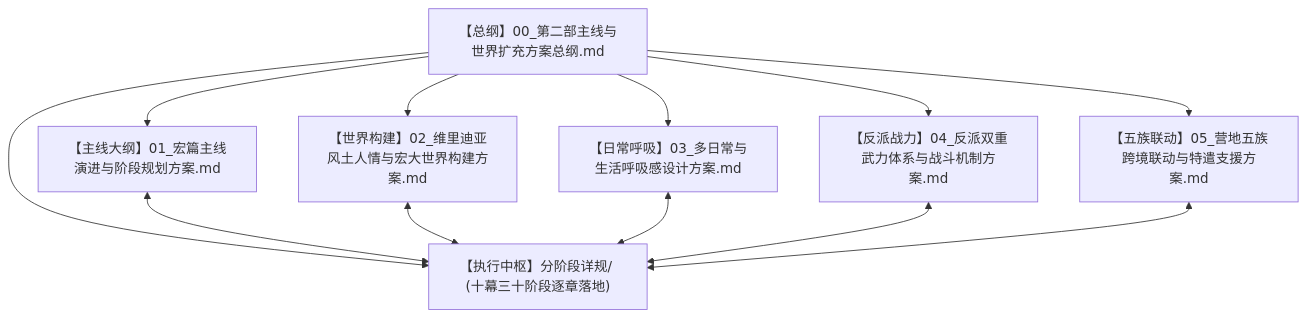
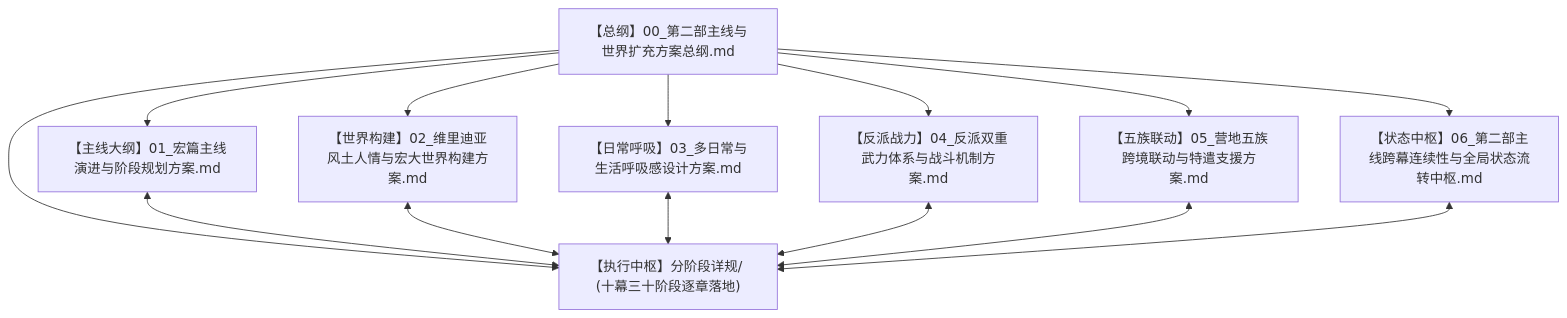
One commit to soranokiseki1437/eldoria-worldbook changed the first of 5 diagrams in 方案/第二部/主线与世界扩充方案/00_第二部主线与世界扩充方案总纲.md. Above: the diagram before and after it, drawn with Mermaid. The commit also changed other lines of this file and 146 other files, not shown here.

````diff
--- a/方案/第二部/主线与世界扩充方案/00_第二部主线与世界扩充方案总纲.md
+++ b/方案/第二部/主线与世界扩充方案/00_第二部主线与世界扩充方案总纲.md
@@ -13,25 +13,28 @@
 ```mermaid
 graph TD
     Root["【总纲】00_第二部主线与世界扩充方案总纲.md"]
     
     Sub1["【主线大纲】01_宏篇主线演进与阶段规划方案.md"]
     Sub2["【世界构建】02_维里迪亚风土人情与宏大世界构建方案.md"]
     Sub3["【日常呼吸】03_多日常与生活呼吸感设计方案.md"]
     Sub4["【反派战力】04_反派双重武力体系与战斗机制方案.md"]
     Sub5["【五族联动】05_营地五族跨境联动与特遣支援方案.md"]
+    Sub6["【状态中枢】06_第二部主线跨幕连续性与全局状态流转中枢.md"]
     
     Stages["【执行中枢】分阶段详规/ (十幕三十阶段逐章落地)"]
 
     Root --> Sub1
     Root --> Sub2
     Root --> Sub3
     Root --> Sub4
     Root --> Sub5
+    Root --> Sub6
     Root --> Stages
 
     Sub1 <--> Stages
     Sub2 <--> Stages
     Sub3 <--> Stages
     Sub4 <--> Stages
     Sub5 <--> Stages
+    Sub6 <--> Stages
 ```
````
